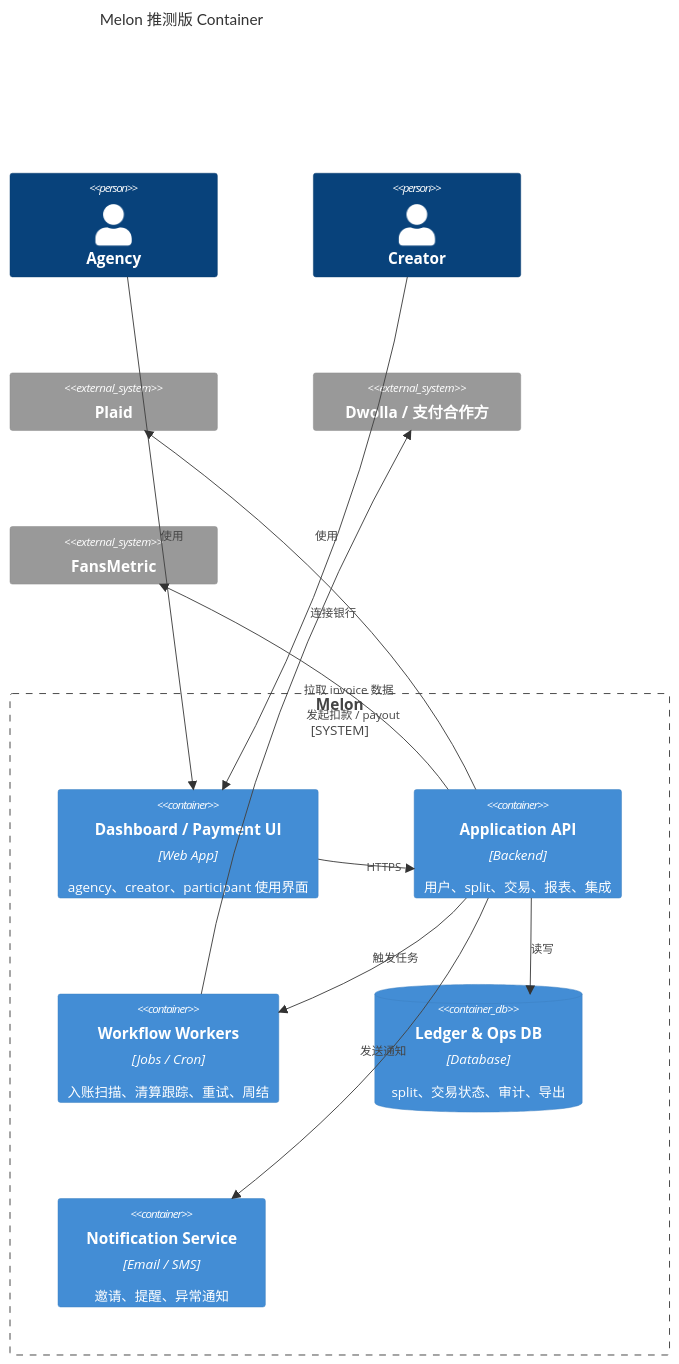
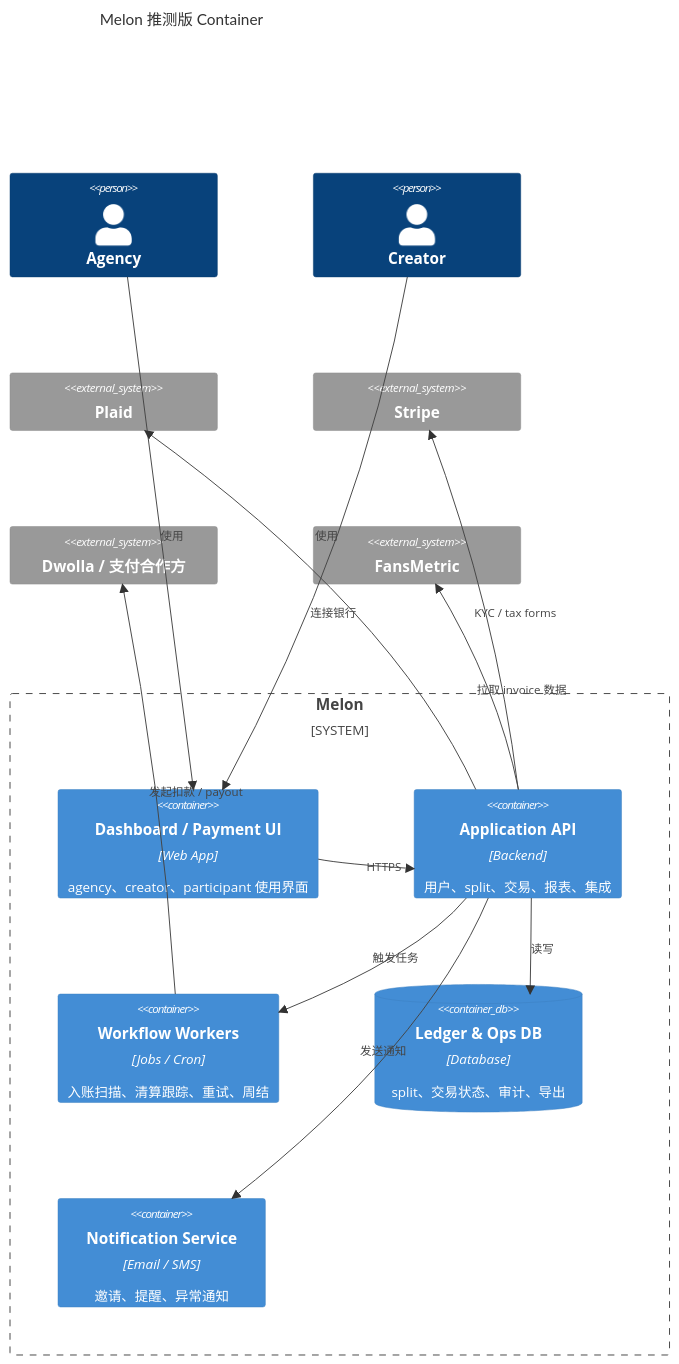
The fourth of 4 diagrams in reports/melon/01-product-understanding.md (ryan-alexander-zhang/ryan-copilot), drawn with Mermaid before and after one commit. The commit also changed other lines of this file and 3 other files, not shown here.

````diff
--- a/reports/melon/01-product-understanding.md
+++ b/reports/melon/01-product-understanding.md
@@ -230,26 +261,28 @@
 ```mermaid
 C4Container
 title Melon 推测版 Container
 Person(agency, "Agency")
 Person(creator, "Creator")
 System_Boundary(melon, "Melon") {
   Container(web, "Dashboard / Payment UI", "Web App", "agency、creator、participant 使用界面")
   Container(api, "Application API", "Backend", "用户、split、交易、报表、集成")
   Container(workers, "Workflow Workers", "Jobs / Cron", "入账扫描、清算跟踪、重试、周结")
   ContainerDb(db, "Ledger & Ops DB", "Database", "split、交易状态、审计、导出")
   Container(notify, "Notification Service", "Email / SMS", "邀请、提醒、异常通知")
 }
 System_Ext(plaid, "Plaid")
+System_Ext(stripe, "Stripe")
 System_Ext(payment, "Dwolla / 支付合作方")
 System_Ext(fansmetric, "FansMetric")
 
 Rel(agency, web, "使用")
 Rel(creator, web, "使用")
 Rel(web, api, "HTTPS")
 Rel(api, db, "读写")
 Rel(api, workers, "触发任务")
 Rel(workers, payment, "发起扣款 / payout")
 Rel(api, plaid, "连接银行")
+Rel(api, stripe, "KYC / tax forms")
 Rel(api, fansmetric, "拉取 invoice 数据")
 Rel(api, notify, "发送通知")
 ```
````
